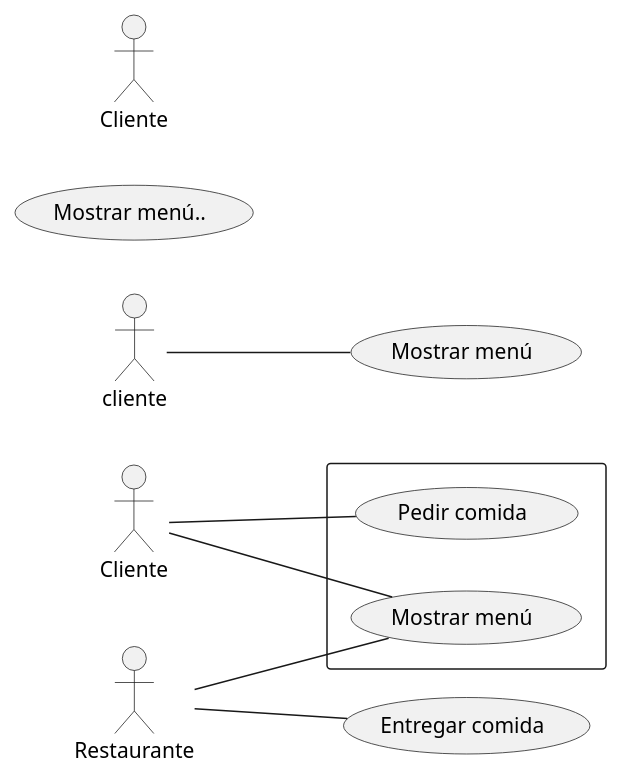
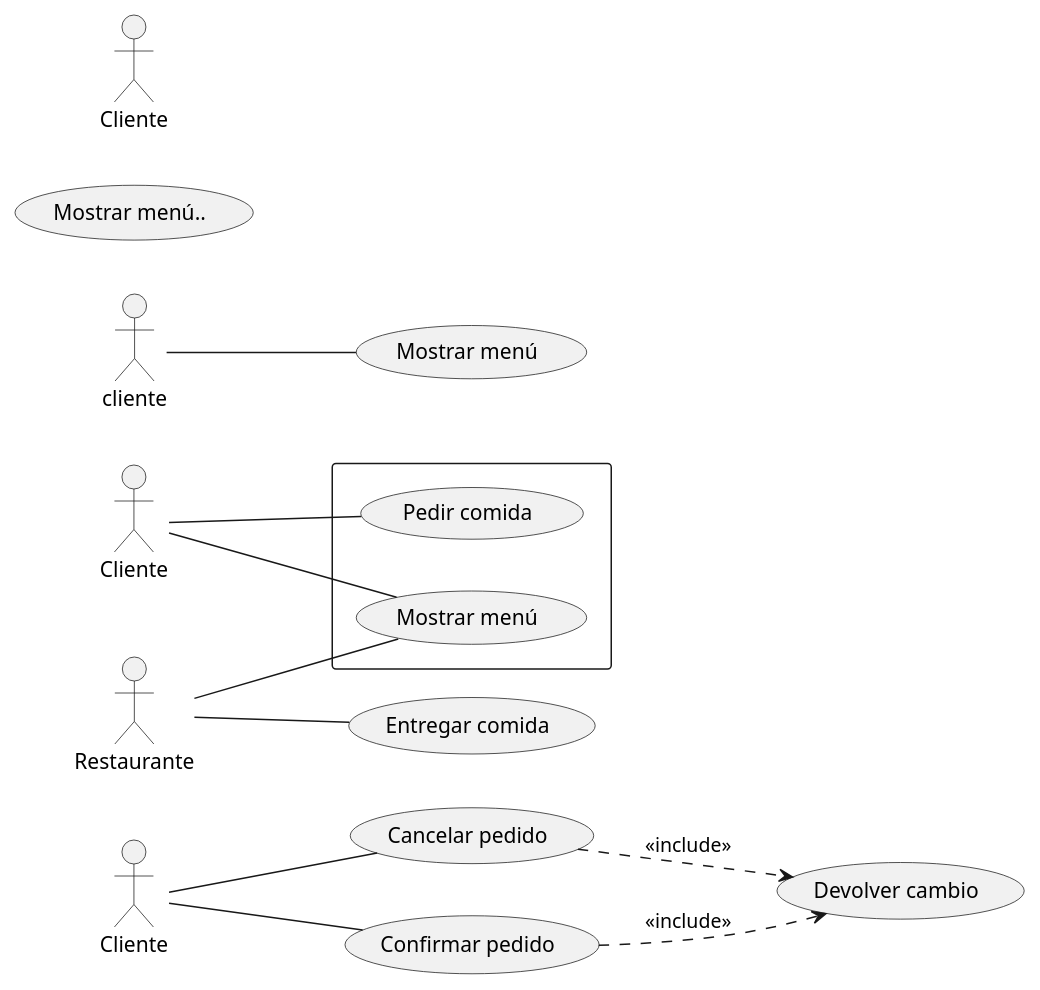
One commit to JuanmaEDE/UML_casos_de_uso changed the diagram in UML_casos_de_uso.puml. Above: the diagram before and after it, drawn with PlantUML.

Commit message:
Realizado Inclusion

```diff
--- a/UML_casos_de_uso.puml
+++ b/UML_casos_de_uso.puml
@@ -1,21 +1,29 @@
 @startuml
-
+left to right direction
+actor "Cliente" as cl1
+usecase "Confirmar pedido" as cp
+usecase "Cancelar pedido" as cap
+usecase "Devolver cambio" as dc
+cl1 -- cp
+cl1 -- cap
+(cp) ..> (dc) : <<include>>
+(cap) ..> (dc) : <<include>>
 
 left to right direction
 actor "Cliente" as cl
 actor "Restaurante" as re
 rectangle  {
   usecase "Mostrar menú" as UC1
   usecase "Pedir comida" as UC2
 
 }
 usecase "Entregar comida" as UC3
 cl -- UC1
 cl -- UC2
 re -- UC3
 re -- UC1
 
  :cliente: -- (Mostrar menú)
  Usecase uc1 as "Mostrar menú.."
 actor "Cliente" as ctl
 @enduml
```
